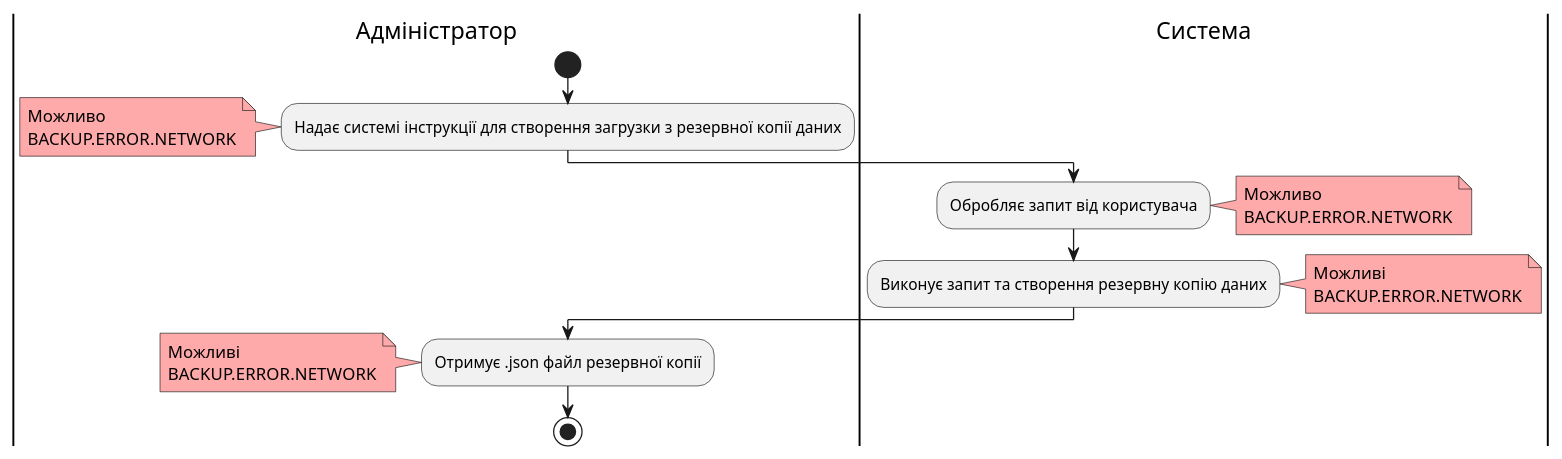
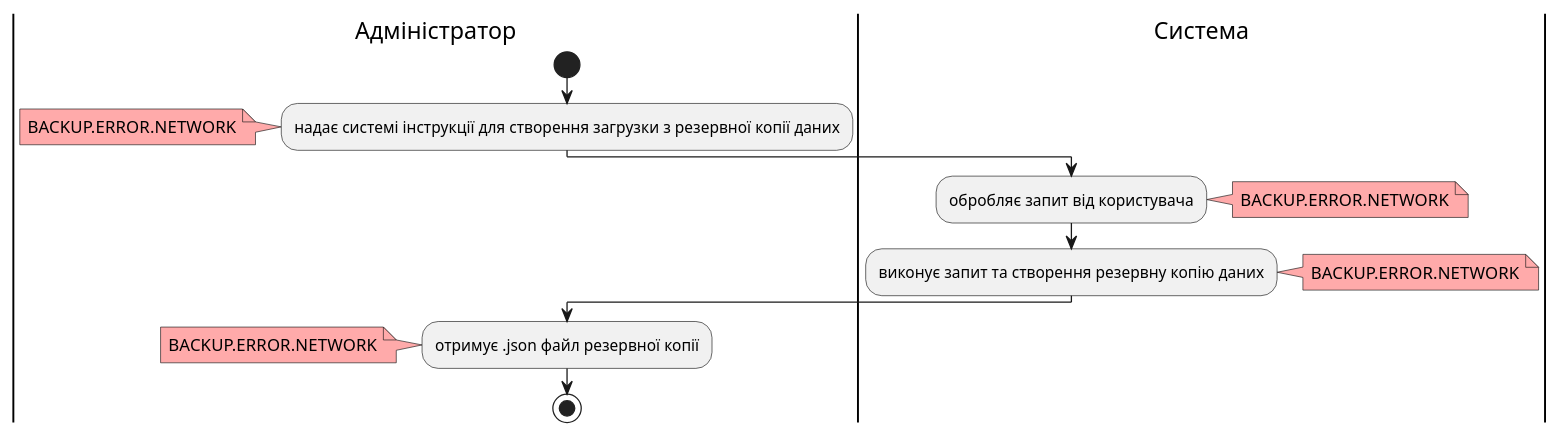
Diagram 23 of 23 in docs/use cases/README.md (yarikkot04/Sup), drawn with PlantUML before and after one commit. The commit also changed other lines of this file and 1 other file, not shown here.

```diff
--- a/docs/use cases/README.md
+++ b/docs/use cases/README.md
@@ -1054,29 +1059,25 @@
 @startuml
 
     |Адміністратор|
       start
-       :Надає системі інструкції для створення загрузки з резервної копії даних;
+       :надає системі інструкції для створення загрузки з резервної копії даних;
         note left #ffaaaa
-        Можливо
         BACKUP.ERROR.NETWORK
         end note
     |Система|
-       :Обробляє запит від користувача;
+       :обробляє запит від користувача;
         note right #ffaaaa
-        Можливо
         BACKUP.ERROR.NETWORK
         end note
-       :Виконує запит та створення резервну копію даних;
+       :виконує запит та створення резервну копію даних;
         note right #ffaaaa
-        Можливі
         BACKUP.ERROR.NETWORK
         end note
     |Адміністратор|
-       :Отримує .json файл резервної копії;
+       :отримує .json файл резервної копії;
         note left #ffaaaa
-        Можливі
         BACKUP.ERROR.NETWORK
         end note
         stop;
         
 @enduml
```
